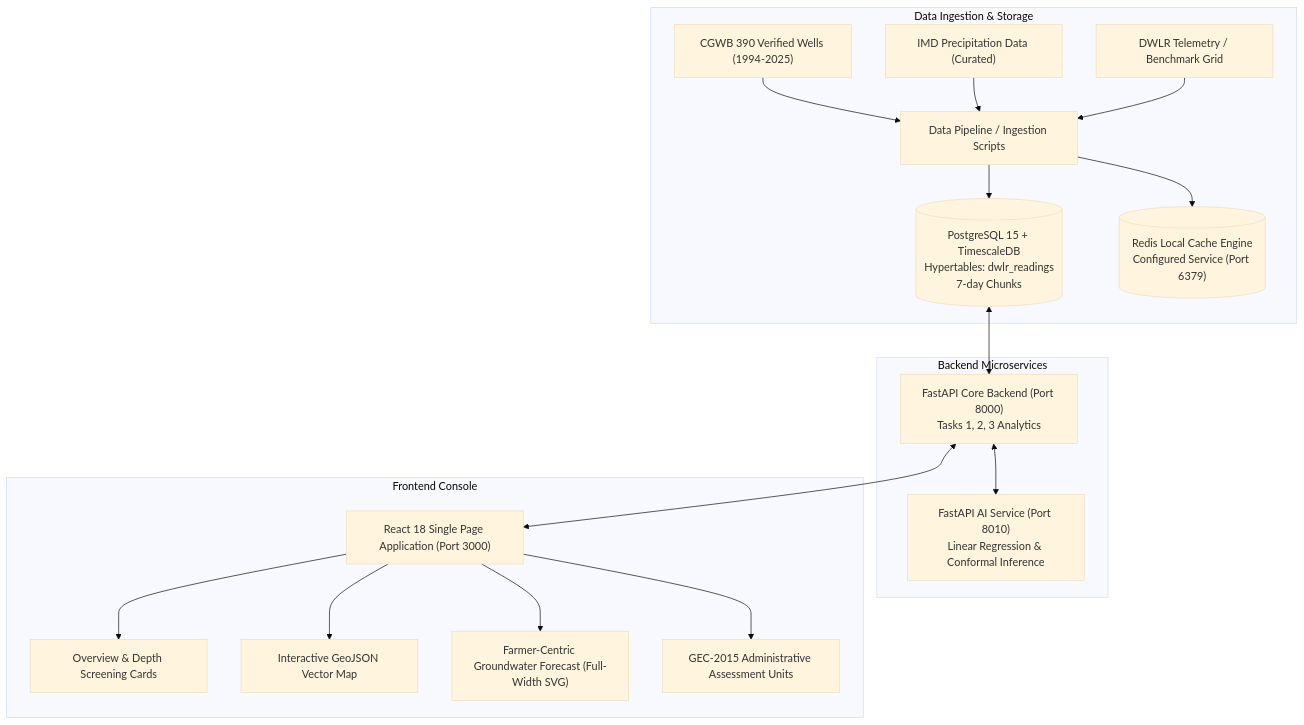
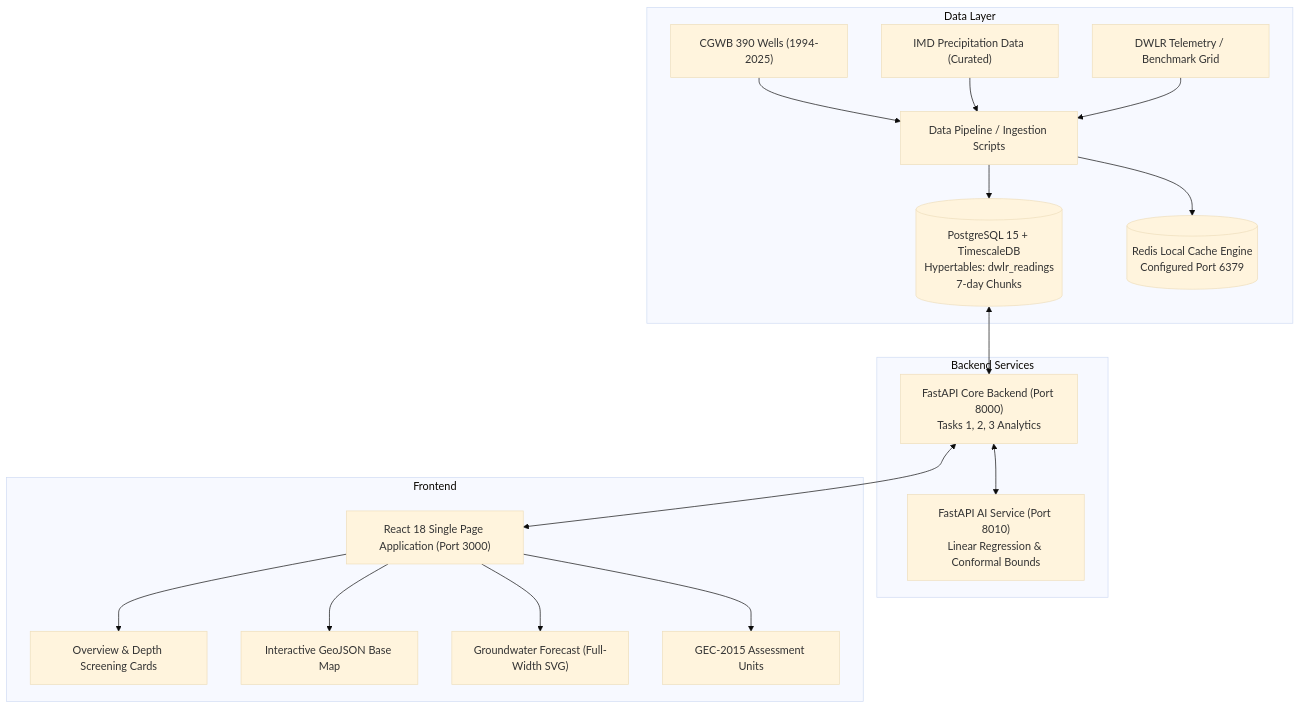
The diagram in README.md (abhishekjayagond/JalDrishti), drawn with Mermaid (base theme) before and after one commit. The commit also changed other lines of this file, not shown here.

````diff
--- a/README.md
+++ b/README.md
@@ -115,23 +106,23 @@
 ```mermaid
 flowchart TD
-    subgraph Data_Layer ["Data Ingestion & Storage"]
-        D1["CGWB 390 Verified Wells (1994-2025)"] --> P1["Data Pipeline / Ingestion Scripts"]
+    subgraph Data_Layer ["Data Layer"]
+        D1["CGWB 390 Wells (1994-2025)"] --> P1["Data Pipeline / Ingestion Scripts"]
         D2["IMD Precipitation Data (Curated)"] --> P1
         D3["DWLR Telemetry / Benchmark Grid"] --> P1
         P1 --> DB[("PostgreSQL 15 + TimescaleDB\nHypertables: dwlr_readings\n7-day Chunks")]
-        P1 --> RD[("Redis Local Cache Engine\nConfigured Service (Port 6379)")]
+        P1 --> RD[("Redis Local Cache Engine\nConfigured Port 6379")]
     end
 
-    subgraph Service_Layer ["Backend Microservices"]
+    subgraph Service_Layer ["Backend Services"]
         DB <--> API["FastAPI Core Backend (Port 8000)\nTasks 1, 2, 3 Analytics"]
-        API <--> AI["FastAPI AI Service (Port 8010)\nLinear Regression & Conformal Inference"]
+        API <--> AI["FastAPI AI Service (Port 8010)\nLinear Regression & Conformal Bounds"]
     end
 
-    subgraph Presentation_Layer ["Frontend Console"]
+    subgraph Presentation_Layer ["Frontend"]
         API <--> UI["React 18 Single Page Application (Port 3000)"]
         UI --> M1["Overview & Depth Screening Cards"]
-        UI --> M2["Interactive GeoJSON Vector Map"]
-        UI --> M3["Farmer-Centric Groundwater Forecast (Full-Width SVG)"]
-        UI --> M4["GEC-2015 Administrative Assessment Units"]
+        UI --> M2["Interactive GeoJSON Base Map"]
+        UI --> M3["Groundwater Forecast (Full-Width SVG)"]
+        UI --> M4["GEC-2015 Assessment Units"]
     end
 ```
````
